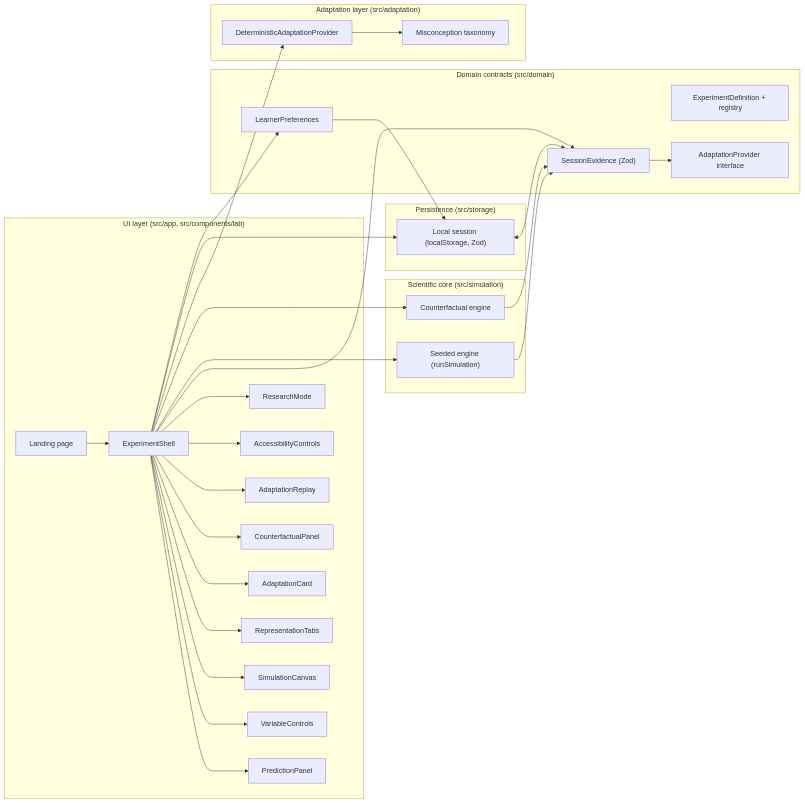
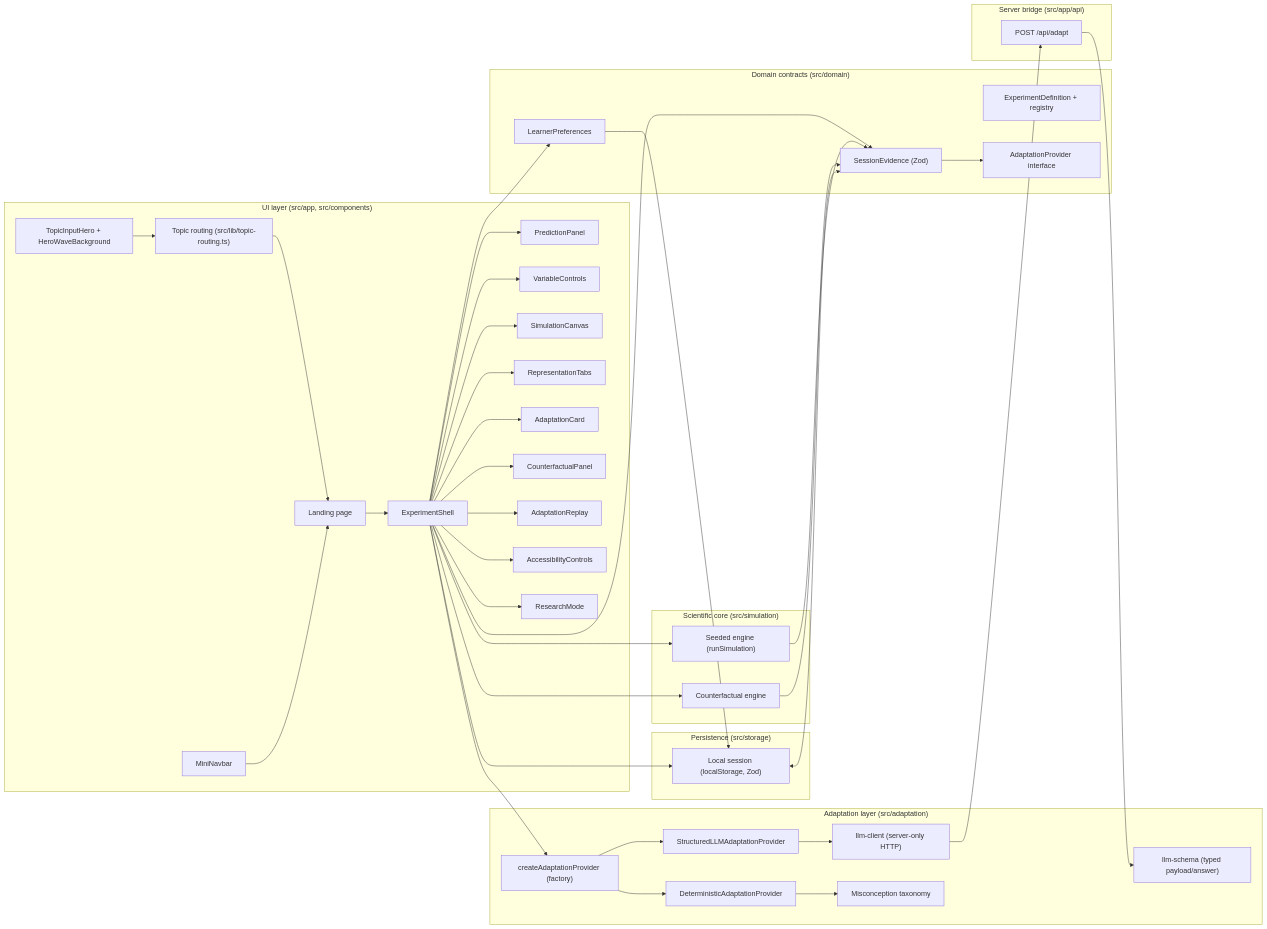
One commit to saiaathish/UnseenLab changed the diagram in docs/architecture.md. Above: the diagram before and after it, drawn with Mermaid. The commit also changed other lines of this file and 27 other files, not shown here.

````diff
--- a/docs/architecture.md
+++ b/docs/architecture.md
@@ -5,48 +5,63 @@
 ```mermaid
 flowchart LR
-    subgraph UI ["UI layer (src/app, src/components/lab)"]
+    subgraph UI ["UI layer (src/app, src/components)"]
+        Hero["TopicInputHero + HeroWaveBackground"]
+        MiniNav["MiniNavbar"]
+        Routing["Topic routing (src/lib/topic-routing.ts)"]
         Landing["Landing page"]
         Shell["ExperimentShell"]
         Prediction["PredictionPanel"]
         Vars["VariableControls"]
         Canvas["SimulationCanvas"]
         Tabs["RepresentationTabs"]
         AdaptCard["AdaptationCard"]
         CF["CounterfactualPanel"]
         Replay["AdaptationReplay"]
         A11y["AccessibilityControls"]
         Research["ResearchMode"]
     end
 
     subgraph Domain ["Domain contracts (src/domain)"]
         Exps["ExperimentDefinition + registry"]
         Learner["LearnerPreferences"]
         Evidence["SessionEvidence (Zod)"]
         AdaptContract["AdaptationProvider interface"]
     end
 
     subgraph Sim ["Scientific core (src/simulation)"]
         Engine["Seeded engine (runSimulation)"]
         CFEngine["Counterfactual engine"]
     end
 
     subgraph Adapt ["Adaptation layer (src/adaptation)"]
+        Factory["createAdaptationProvider (factory)"]
         DetProv["DeterministicAdaptationProvider"]
+        LLMProv["StructuredLLMAdaptationProvider"]
+        LLMClient["llm-client (server-only HTTP)"]
+        Schema["llm-schema (typed payload/answer)"]
         Tax["Misconception taxonomy"]
+    end
+
+    subgraph Bridge ["Server bridge (src/app/api)"]
+        AdaptRoute["POST /api/adapt"]
     end
 
     subgraph Store ["Persistence (src/storage)"]
         Session["Local session (localStorage, Zod)"]
     end
 
+    Hero --> Routing --> Landing
+    MiniNav --> Landing
     Landing --> Shell
     Shell --> Prediction & Vars & Canvas & Tabs & AdaptCard & CF & Replay & A11y & Research
     Shell --> Evidence
     Evidence --> AdaptContract
     Shell --> Engine --> Evidence
     Shell --> CFEngine --> Evidence
-    Shell --> DetProv
-    DetProv --> Tax
+    Shell --> Factory
+    Factory --> DetProv --> Tax
+    Factory --> LLMProv
+    LLMProv --> LLMClient --> AdaptRoute --> Schema
     Shell --> Session <--> Evidence
     Shell --> Learner --> Session
 ```
````
